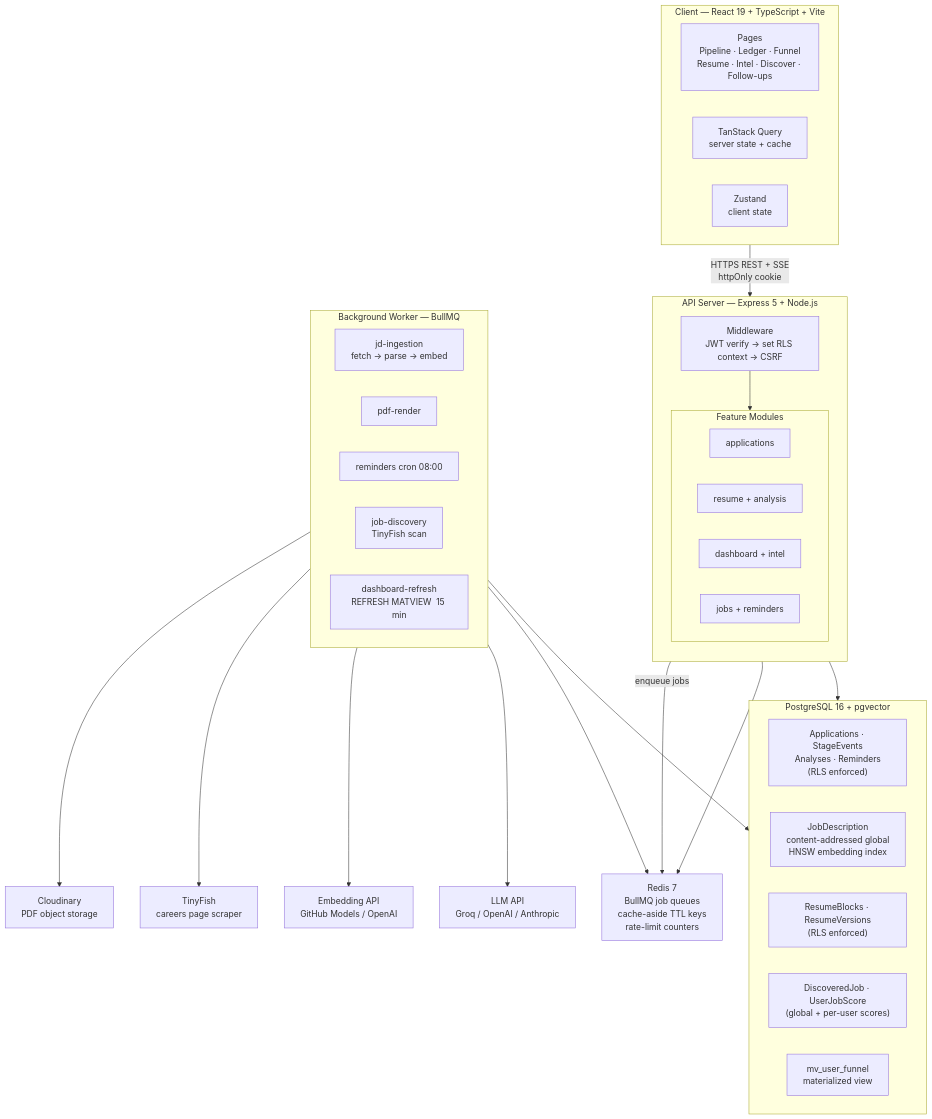
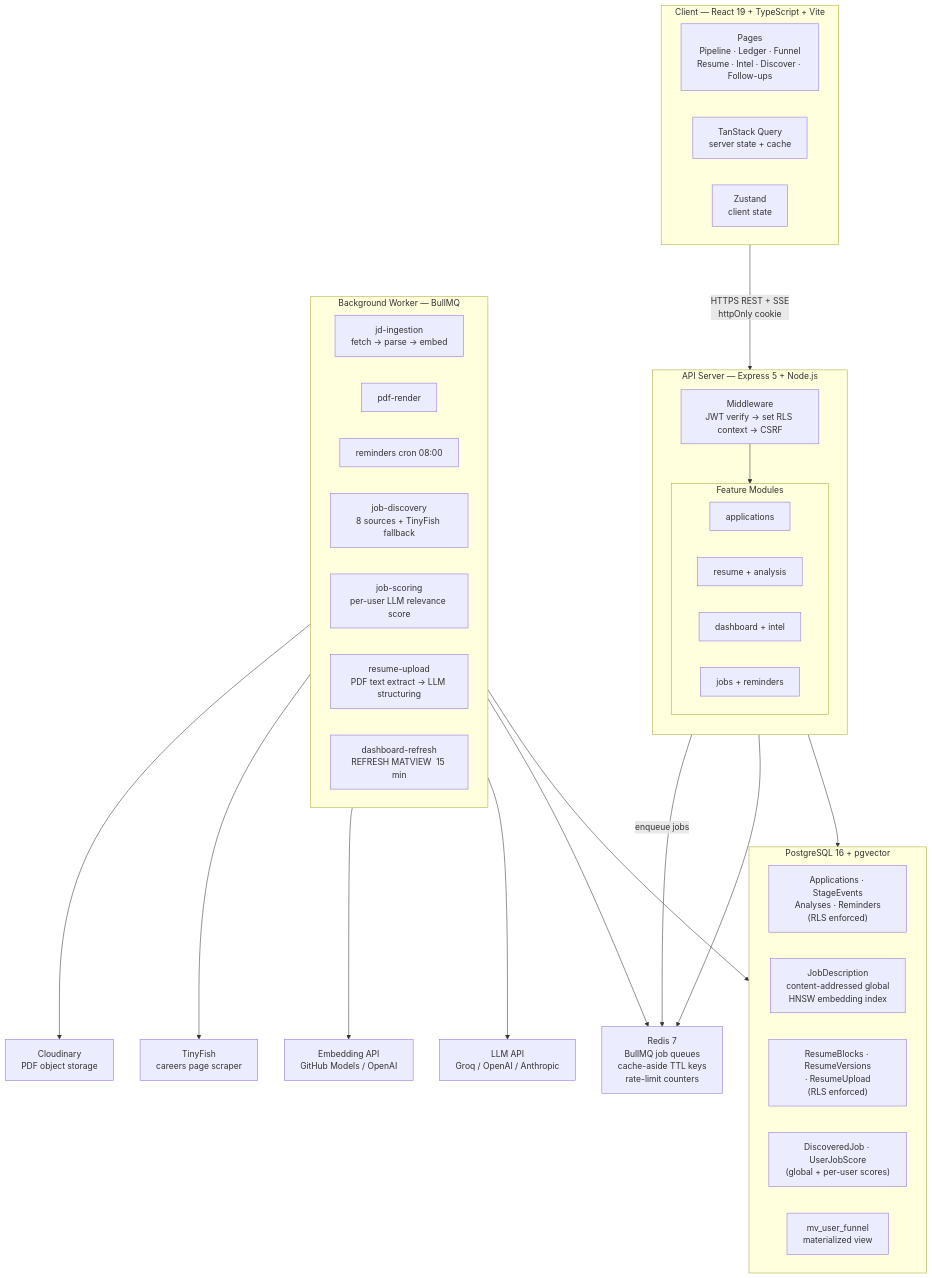
The first of 7 diagrams in docs/architecture.md (AdityaKrSingh26/Pursuit), drawn with Mermaid before and after one commit. The commit also changed other lines of this file, not shown here.

First line of the commit message:
docs: update architecture.md for job-scoring, resume-upload, real discovery sources

````diff
--- a/docs/architecture.md
+++ b/docs/architecture.md
@@ -7,55 +7,57 @@
 ```mermaid
 graph TB
     subgraph Client["Client — React 19 + TypeScript + Vite"]
         direction LR
         UI["Pages\nPipeline · Ledger · Funnel\nResume · Intel · Discover · Follow-ups"]
         TQ["TanStack Query\nserver state + cache"]
         ZS["Zustand\nclient state"]
     end
 
     subgraph API["API Server — Express 5 + Node.js"]
         direction TB
         MW["Middleware\nJWT verify → set RLS context → CSRF"]
         subgraph Modules["Feature Modules"]
             M1["applications"]
             M2["resume + analysis"]
             M3["dashboard + intel"]
             M4["jobs + reminders"]
         end
         MW --> Modules
     end
 
     subgraph Worker["Background Worker — BullMQ"]
         WI["jd-ingestion\nfetch → parse → embed"]
         WP["pdf-render"]
         WR["reminders  cron 08:00"]
-        WD["job-discovery\nTinyFish scan"]
+        WD["job-discovery\n8 sources + TinyFish fallback"]
+        WS["job-scoring\nper-user LLM relevance score"]
+        WRU["resume-upload\nPDF text extract → LLM structuring"]
         WMV["dashboard-refresh\nREFRESH MATVIEW  15 min"]
     end
 
     subgraph PG["PostgreSQL 16 + pgvector"]
         PG1["Applications · StageEvents\nAnalyses · Reminders\n(RLS enforced)"]
         PG2["JobDescription\ncontent-addressed global\nHNSW embedding index"]
-        PG3["ResumeBlocks · ResumeVersions\n(RLS enforced)"]
+        PG3["ResumeBlocks · ResumeVersions\n· ResumeUpload\n(RLS enforced)"]
         PG4["DiscoveredJob · UserJobScore\n(global + per-user scores)"]
         PG5["mv_user_funnel\nmaterialized view"]
     end
 
     REDIS["Redis 7\nBullMQ job queues\ncache-aside TTL keys\nrate-limit counters"]
 
     EXT_LLM["LLM API\nGroq / OpenAI / Anthropic"]
     EXT_EMB["Embedding API\nGitHub Models / OpenAI"]
     EXT_TF["TinyFish\ncareers page scraper"]
     EXT_CDN["Cloudinary\nPDF object storage"]
 
     Client -->|"HTTPS REST + SSE\nhttpOnly cookie"| API
     API --> PG
     API --> REDIS
     Worker --> PG
     Worker --> REDIS
     Worker --> EXT_LLM
     Worker --> EXT_EMB
     Worker --> EXT_TF
     Worker --> EXT_CDN
     Modules -->|"enqueue jobs"| REDIS
 ```
````
